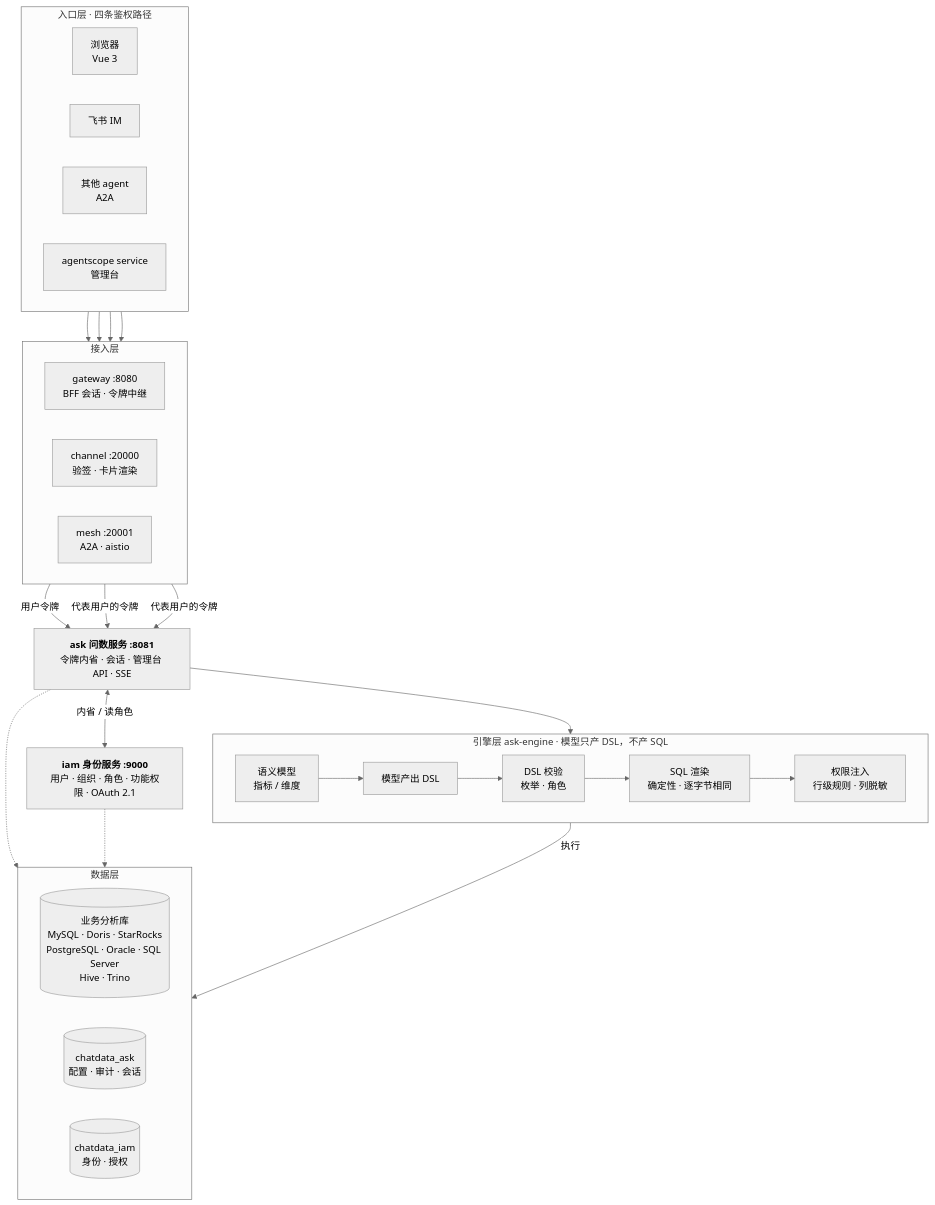
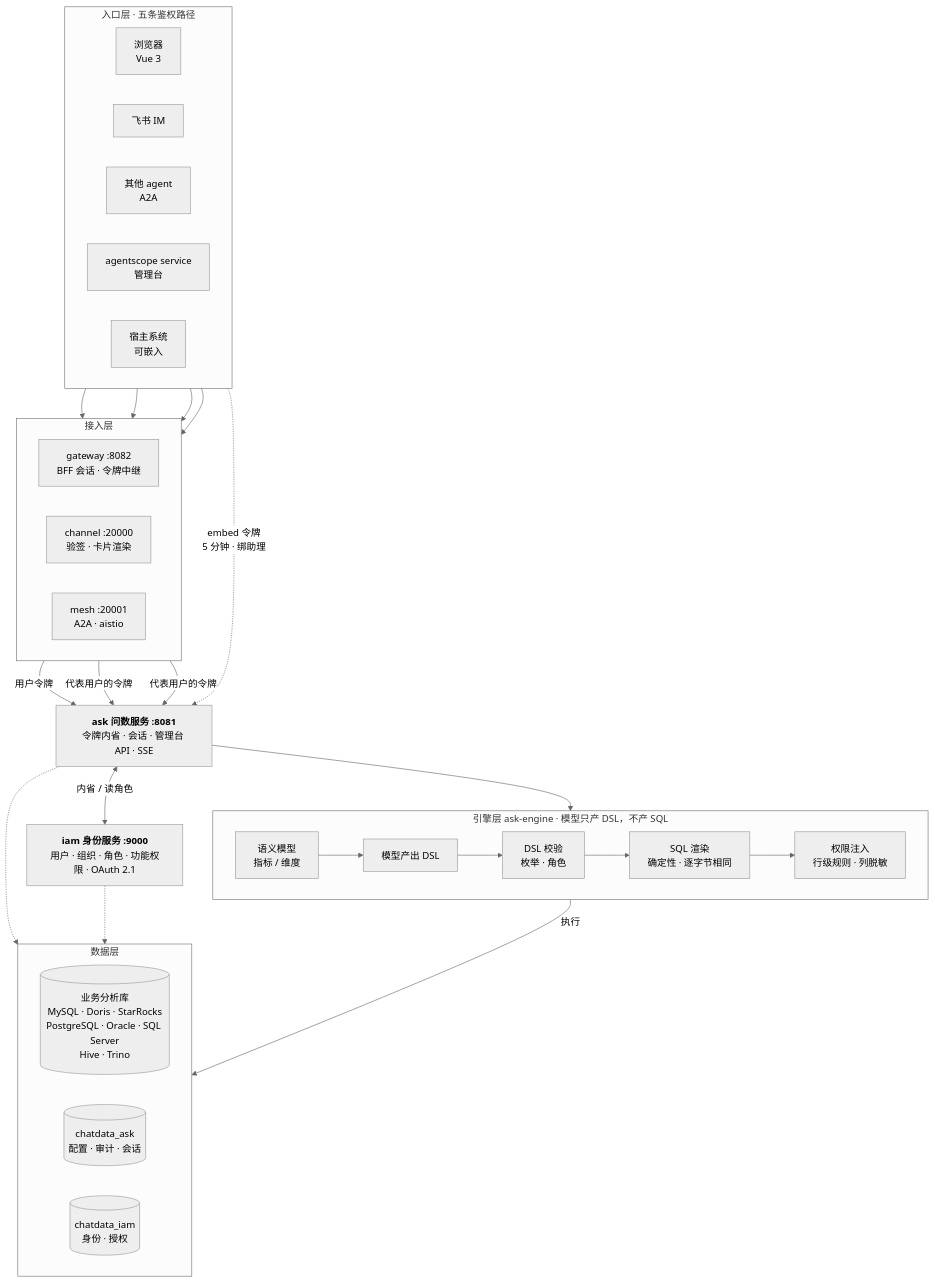
The second of 2 diagrams in README.md (liusongboyy/chatdata-agent), drawn with Mermaid (neutral theme) before and after one commit. The commit also changed other lines of this file, not shown here.

````diff
--- a/README.md
+++ b/README.md
@@ -179,50 +191,52 @@
 ```mermaid
 flowchart TB
-    subgraph entry["入口层 · 四条鉴权路径"]
+    subgraph entry["入口层 · 五条鉴权路径"]
         direction LR
         B["浏览器<br/>Vue 3"]
         F["飞书 IM"]
         A["其他 agent<br/>A2A"]
         S["agentscope service<br/>管理台"]
+        E["宿主系统<br/>可嵌入"]
     end
 
     subgraph edge["接入层"]
         direction LR
-        GW["gateway :8080<br/>BFF 会话 · 令牌中继"]
+        GW["gateway :8082<br/>BFF 会话 · 令牌中继"]
         CH["channel :20000<br/>验签 · 卡片渲染"]
         MSH["mesh :20001<br/>A2A · aistio"]
     end
 
     ASK["<b>ask 问数服务 :8081</b><br/>令牌内省 · 会话 · 管理台 API · SSE"]
     IAM["<b>iam 身份服务 :9000</b><br/>用户 · 组织 · 角色 · 功能权限 · OAuth 2.1"]
 
     subgraph engine["引擎层 ask-engine · 模型只产 DSL，不产 SQL"]
         direction LR
         SM["语义模型<br/>指标 / 维度"] --> DSL["模型产出 DSL"]
         DSL --> CK["DSL 校验<br/>枚举 · 角色"]
         CK --> RD["SQL 渲染<br/>确定性 · 逐字节相同"]
         RD --> PG["权限注入<br/>行级规则 · 列脱敏"]
     end
 
     subgraph data["数据层"]
         direction LR
         DB[("业务分析库<br/>MySQL · Doris · StarRocks<br/>PostgreSQL · Oracle · SQL Server<br/>Hive · Trino")]
         CFG[("chatdata_ask<br/>配置 · 审计 · 会话")]
         IDS[("chatdata_iam<br/>身份 · 授权")]
     end
 
     B --> GW
     F --> CH
     A --> MSH
     S --> MSH
+    E -.->|"embed 令牌<br/>5 分钟 · 绑助理"| ASK
 
     GW -->|"用户令牌"| ASK
     CH -->|"代表用户的令牌"| ASK
     MSH -->|"代表用户的令牌"| ASK
 
     ASK <-->|"内省 / 读角色"| IAM
     ASK --> engine
     engine -->|"执行"| DB
     ASK -.-> CFG
     IAM -.-> IDS
 ```
````
